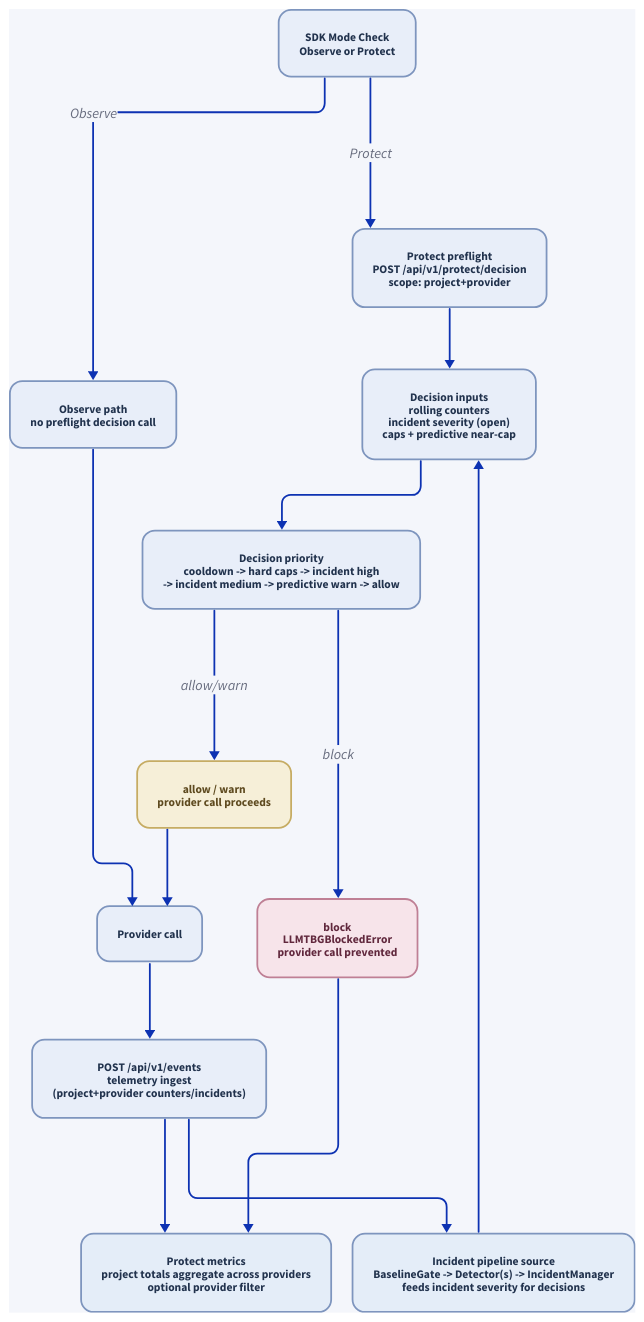
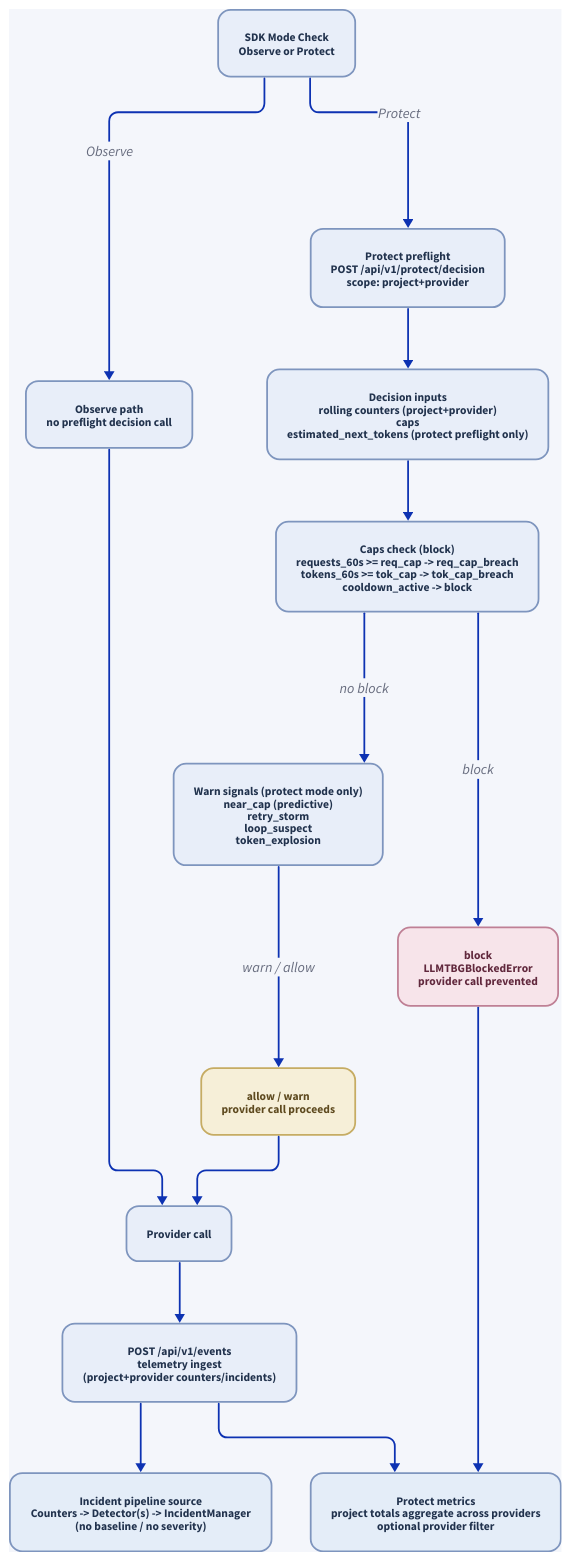
Before and after one commit to MichaelTelvin/Rheonic: the diagram in docs/architecture/protect_decision_flow.d2, drawn with D2. The commit also changed 77 other files, not shown here.

Commit message:
drop baseline metrics calculation, change incident-driven model to a deterministic rule/caps model

```diff
--- a/docs/architecture/protect_decision_flow.d2
+++ b/docs/architecture/protect_decision_flow.d2
@@ -1,137 +1,147 @@
 direction: down
 
 vars: {
   d2-config: {
     pad: 20
     sketch: false
     layout-engine: elk
   }
 }
 
 style: {
   fill: "#f4f6fb"
 }
 
 sdk_mode: "SDK Mode Check\nObserve or Protect" {
   style: {
     fill: "#e8eef9"
     stroke: "#7e95be"
     font-color: "#21324d"
     border-radius: 14
     font-size: 13
   }
 }
 
 observe: "Observe path\nno preflight decision call" {
   style: {
     fill: "#e8eef9"
     stroke: "#7e95be"
     font-color: "#21324d"
     border-radius: 14
     font-size: 13
   }
 }
 
 preflight: "Protect preflight\nPOST /api/v1/protect/decision\nscope: project+provider" {
   style: {
     fill: "#e8eef9"
     stroke: "#7e95be"
     font-color: "#21324d"
     border-radius: 14
     font-size: 13
   }
 }
 
-inputs: "Decision inputs\nrolling counters\nincident severity (open)\ncaps + predictive near-cap" {
+inputs: "Decision inputs\nrolling counters (project+provider)\ncaps\nestimated_next_tokens (protect preflight only)" {
   style: {
     fill: "#e8eef9"
     stroke: "#7e95be"
     font-color: "#21324d"
     border-radius: 14
     font-size: 13
   }
 }
 
-priority: "Decision priority\ncooldown -> hard caps -> incident high\n-> incident medium -> predictive warn -> allow" {
+caps: "Caps check (block)\nrequests_60s >= req_cap -> req_cap_breach\ntokens_60s >= tok_cap -> tok_cap_breach\ncooldown_active -> block" {
+  style: {
+    fill: "#e8eef9"
+    stroke: "#7e95be"
+    font-color: "#21324d"
+    border-radius: 14
+    font-size: 13
+  }
+}
+
+warn_signals: "Warn signals (protect mode only)\nnear_cap (predictive)\nretry_storm\nloop_suspect\ntoken_explosion" {
   style: {
     fill: "#e8eef9"
     stroke: "#7e95be"
     font-color: "#21324d"
     border-radius: 14
     font-size: 13
   }
 }
 
 allow_warn: "allow / warn\nprovider call proceeds" {
   style: {
     fill: "#f6efd8"
     stroke: "#c6ac63"
     font-color: "#5e4a1f"
     border-radius: 14
     font-size: 13
   }
 }
 
 block: "block\nLLMTBGBlockedError\nprovider call prevented" {
   style: {
     fill: "#f7e4ea"
     stroke: "#bf8095"
     font-color: "#61283d"
     border-radius: 14
     font-size: 13
   }
 }
 
 provider: "Provider call" {
   style: {
     fill: "#e8eef9"
     stroke: "#7e95be"
     font-color: "#21324d"
     border-radius: 14
     font-size: 13
   }
 }
 
 ingest: "POST /api/v1/events\ntelemetry ingest\n(project+provider counters/incidents)" {
   style: {
     fill: "#e8eef9"
     stroke: "#7e95be"
     font-color: "#21324d"
     border-radius: 14
     font-size: 13
   }
 }
 
-incident_pipeline: "Incident pipeline source\nBaselineGate -> Detector(s) -> IncidentManager\nfeeds incident severity for decisions" {
+incident_pipeline: "Incident pipeline source\nCounters -> Detector(s) -> IncidentManager\n(no baseline / no severity)" {
   style: {
     fill: "#e4edf8"
     stroke: "#7e95be"
     font-color: "#21324d"
     border-radius: 14
     font-size: 13
   }
 }
 
 metrics: "Protect metrics\nproject totals aggregate across providers\noptional provider filter" {
   style: {
     fill: "#e4edf8"
     stroke: "#7e95be"
     font-color: "#21324d"
     border-radius: 14
     font-size: 13
   }
 }
 
 sdk_mode -> observe: "Observe"
 sdk_mode -> preflight: "Protect"
 observe -> provider
 preflight -> inputs
-inputs -> priority
-priority -> allow_warn: "allow/warn"
-priority -> block: "block"
+inputs -> caps
+caps -> block: "block"
+caps -> warn_signals: "no block"
+warn_signals -> allow_warn: "warn / allow"
 allow_warn -> provider
 provider -> ingest
 block -> metrics
 ingest -> incident_pipeline
-incident_pipeline -> inputs
 ingest -> metrics
```
